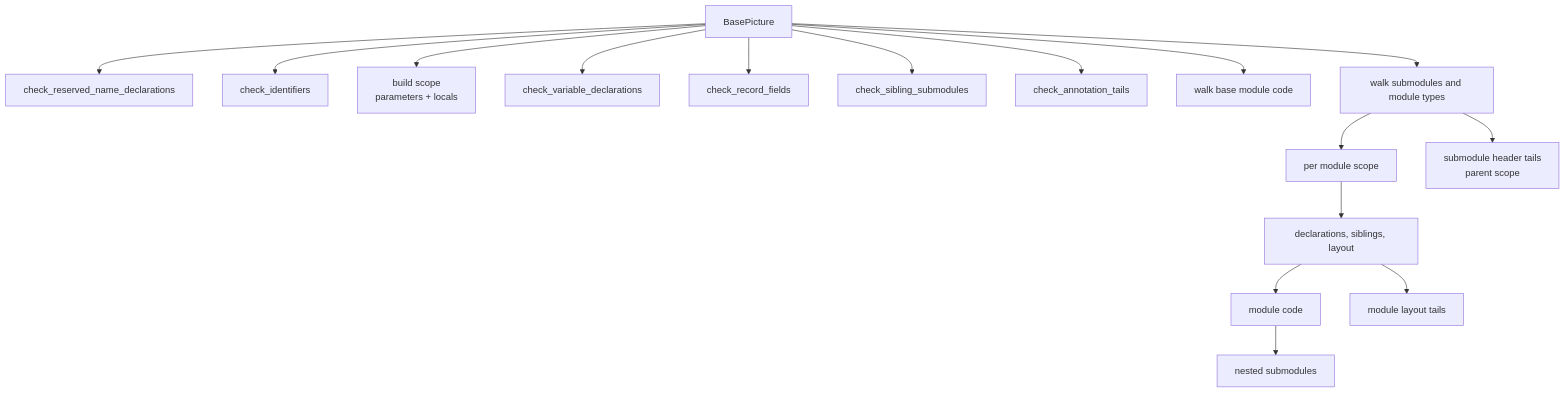
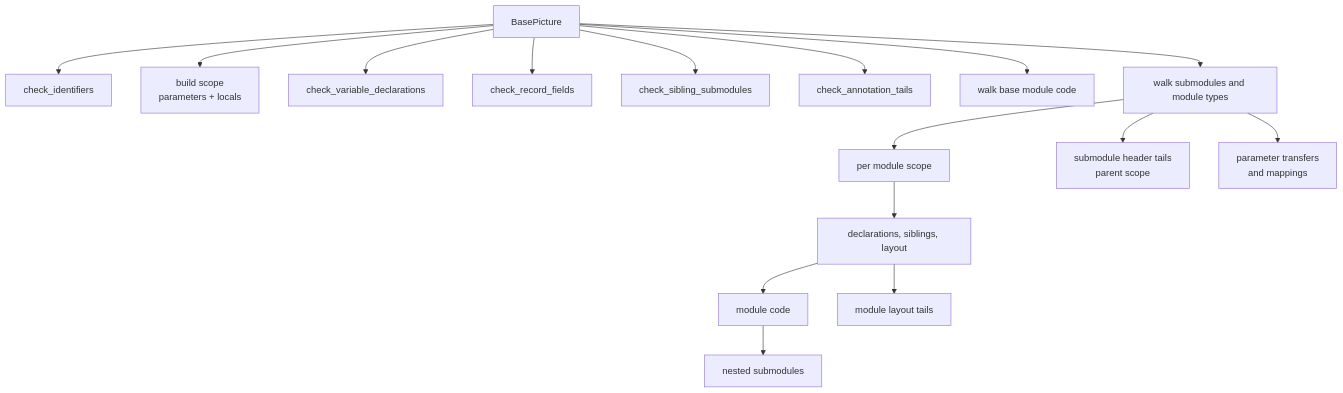
The second of 2 diagrams in docs/validation.md (SorenHJohansen/sattline-parser), drawn with Mermaid before and after one commit. The commit also changed other lines of this file and 157 other files, not shown here.

````diff
--- a/docs/validation.md
+++ b/docs/validation.md
@@ -70,18 +73,18 @@
 ```mermaid
 flowchart TB
-    ROOT["BasePicture"] --> R1["check_reserved_name_declarations"]
-    ROOT --> R2["check_identifiers"]
+    ROOT["BasePicture"] --> R2["check_identifiers"]
     ROOT --> R3["build scope<br/>parameters + locals"]
     ROOT --> R4["check_variable_declarations"]
     ROOT --> R5["check_record_fields"]
     ROOT --> R6["check_sibling_submodules"]
     ROOT --> R7["check_annotation_tails"]
     ROOT --> R8["walk base module code"]
     ROOT --> R9["walk submodules and module types"]
     R9 --> S1["per module scope"]
     S1 --> S2["declarations, siblings, layout"]
     S2 --> S3["module code"]
     S2 --> S5["module layout tails"]
     R9 --> S6["submodule header tails<br/>parent scope"]
+    R9 --> S7["parameter transfers<br/>and mappings"]
     S3 --> S4["nested submodules"]
 ```
````
